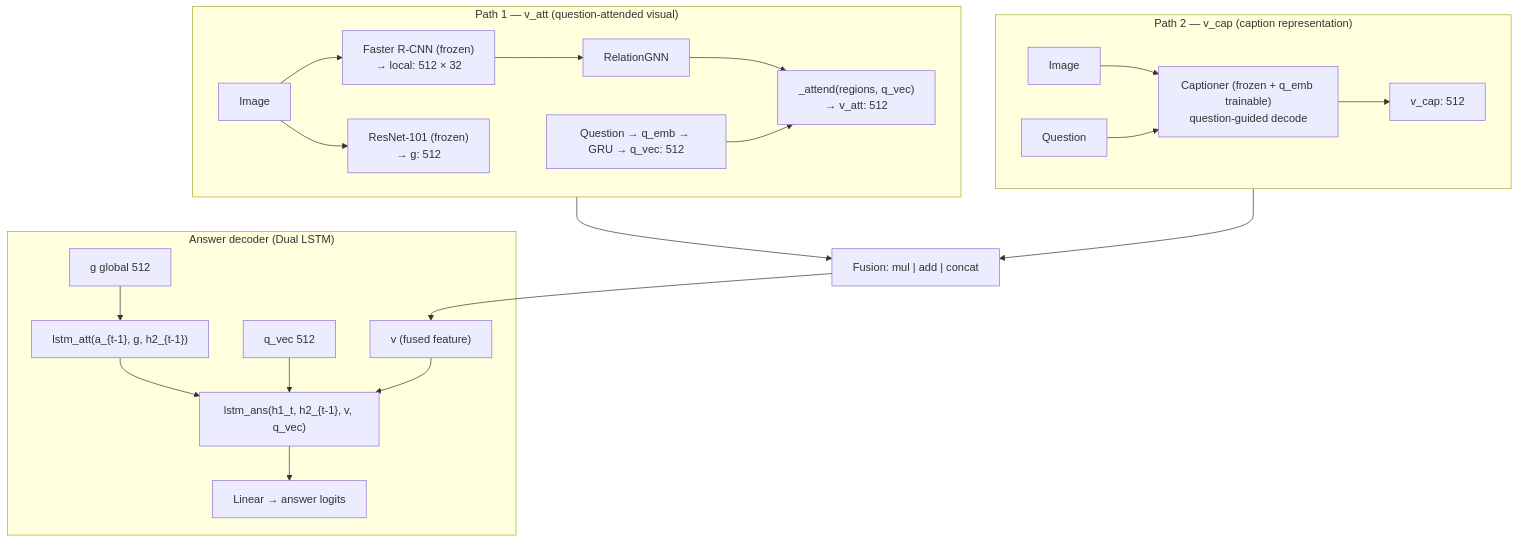
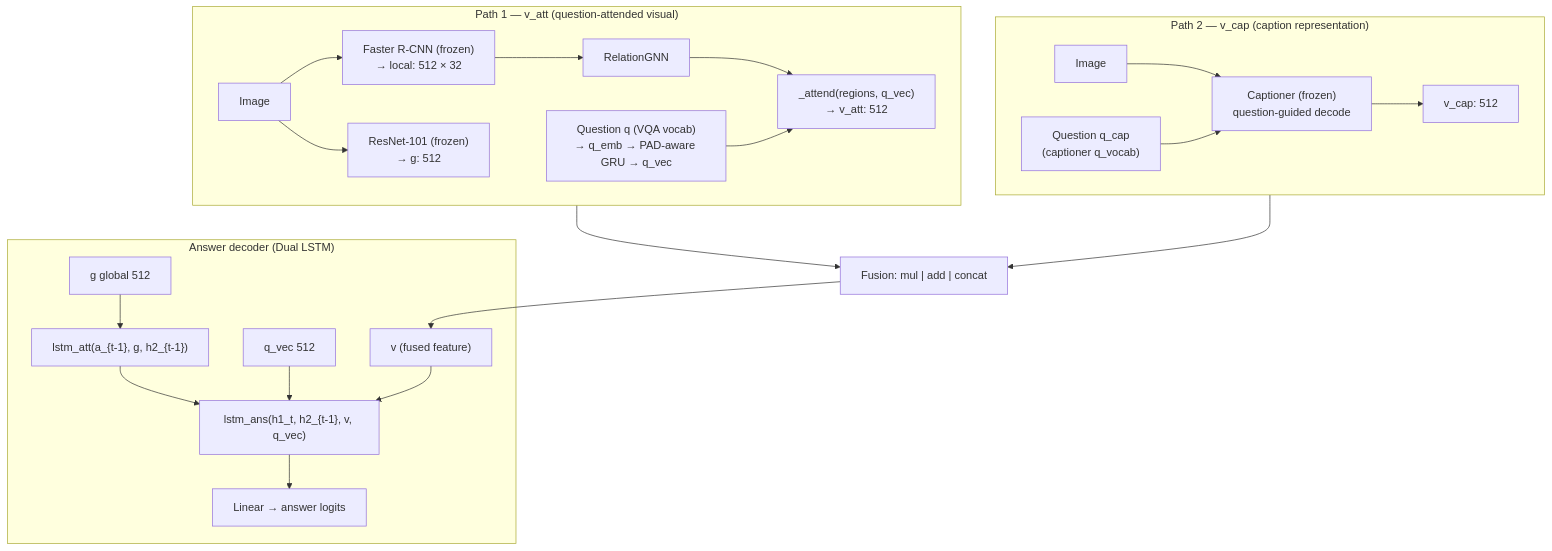
The third of 3 diagrams in architecture/ARCHITECTURE.en.md (MahdiRuzmeh/ImageCaptioningImprovedVisualQuestionAnswering), drawn with Mermaid before and after one commit. The commit also changed other lines of this file and 14 other files, not shown here.

Commit message:
chore: Change models (IC and VQA) to work with custom question dependent caption dataset.

````diff
--- a/architecture/ARCHITECTURE.en.md
+++ b/architecture/ARCHITECTURE.en.md
@@ -155,42 +162,42 @@
 ```mermaid
 flowchart TB
     subgraph LINE1["Path 1 — v_att (question-attended visual)"]
         I1[Image]
         RES["ResNet-101 (frozen)\n→ g: 512"]
         LOC["Faster R-CNN (frozen)\n→ local: 512 × 32"]
         GNN2[RelationGNN]
-        Q1["Question → q_emb → GRU → q_vec: 512"]
+        Q1["Question q (VQA vocab)\n→ q_emb → PAD-aware GRU → q_vec"]
         ATT2["_attend(regions, q_vec)\n→ v_att: 512"]
         I1 --> LOC --> GNN2 --> ATT2
         Q1 --> ATT2
         I1 --> RES
     end
 
     subgraph LINE2["Path 2 — v_cap (caption representation)"]
         I2[Image]
-        Q2[Question]
-        CAP["Captioner (frozen + q_emb trainable)\nquestion-guided decode"]
+        Q2["Question q_cap\n(captioner q_vocab)"]
+        CAP["Captioner (frozen)\nquestion-guided decode"]
         VCAP["v_cap: 512"]
         I2 --> CAP
         Q2 --> CAP
         CAP --> VCAP
     end
 
     FUSE["Fusion: mul | add | concat"]
     V["v (fused feature)"]
     LINE1 --> FUSE
     LINE2 --> FUSE
     FUSE --> V
 
     subgraph ANS_DEC["Answer decoder (Dual LSTM)"]
         RES2[g global 512]
         Q3[q_vec 512]
         LA["lstm_att(a_{t-1}, g, h2_{t-1})"]
         LB["lstm_ans(h1_t, h2_{t-1}, v, q_vec)"]
         CLS["Linear → answer logits"]
         LA --> LB --> CLS
         RES2 --> LA
         Q3 --> LB
         V --> LB
     end
 ```
````
